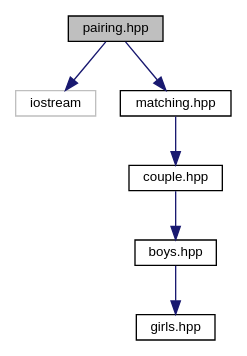
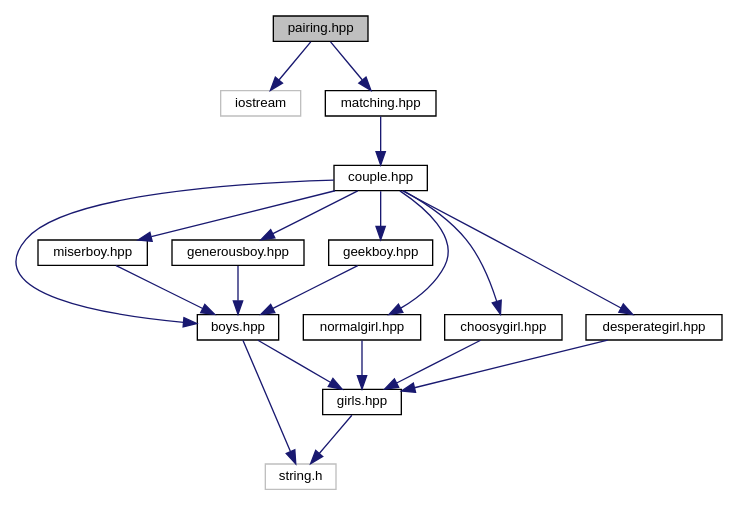
One commit to PPL-IIITA/ppl-assignment-YashBhatia97 changed the diagram in doc/rtf/pairing_8hpp__incl.dot. Above: the diagram before and after it, drawn with Graphviz. The commit also changed 693 other files, not shown here.

```diff
--- a/doc/rtf/pairing_8hpp__incl.dot
+++ b/doc/rtf/pairing_8hpp__incl.dot
@@ -1,16 +1,37 @@
 digraph "pairing.hpp"
 {
   edge [fontname="Helvetica",fontsize="10",labelfontname="Helvetica",labelfontsize="10"];
   node [fontname="Helvetica",fontsize="10",shape=record];
   Node1 [label="pairing.hpp",height=0.2,width=0.4,color="black", fillcolor="grey75", style="filled", fontcolor="black"];
   Node1 -> Node2 [color="midnightblue",fontsize="10",style="solid",fontname="Helvetica"];
   Node2 [label="iostream",height=0.2,width=0.4,color="grey75", fillcolor="white", style="filled"];
   Node1 -> Node3 [color="midnightblue",fontsize="10",style="solid",fontname="Helvetica"];
   Node3 [label="matching.hpp",height=0.2,width=0.4,color="black", fillcolor="white", style="filled",URL="$matching_8hpp.html"];
   Node3 -> Node4 [color="midnightblue",fontsize="10",style="solid",fontname="Helvetica"];
   Node4 [label="couple.hpp",height=0.2,width=0.4,color="black", fillcolor="white", style="filled",URL="$couple_8hpp.html"];
   Node4 -> Node5 [color="midnightblue",fontsize="10",style="solid",fontname="Helvetica"];
   Node5 [label="boys.hpp",height=0.2,width=0.4,color="black", fillcolor="white", style="filled",URL="$boys_8hpp.html"];
   Node5 -> Node6 [color="midnightblue",fontsize="10",style="solid",fontname="Helvetica"];
   Node6 [label="girls.hpp",height=0.2,width=0.4,color="black", fillcolor="white", style="filled",URL="$girls_8hpp.html"];
+  Node6 -> Node7 [color="midnightblue",fontsize="10",style="solid",fontname="Helvetica"];
+  Node7 [label="string.h",height=0.2,width=0.4,color="grey75", fillcolor="white", style="filled"];
+  Node5 -> Node7 [color="midnightblue",fontsize="10",style="solid",fontname="Helvetica"];
+  Node4 -> Node8 [color="midnightblue",fontsize="10",style="solid",fontname="Helvetica"];
+  Node8 [label="miserboy.hpp",height=0.2,width=0.4,color="black", fillcolor="white", style="filled",URL="$miserboy_8hpp.html"];
+  Node8 -> Node5 [color="midnightblue",fontsize="10",style="solid",fontname="Helvetica"];
+  Node4 -> Node9 [color="midnightblue",fontsize="10",style="solid",fontname="Helvetica"];
+  Node9 [label="generousboy.hpp",height=0.2,width=0.4,color="black", fillcolor="white", style="filled",URL="$generousboy_8hpp.html"];
+  Node9 -> Node5 [color="midnightblue",fontsize="10",style="solid",fontname="Helvetica"];
+  Node4 -> Node10 [color="midnightblue",fontsize="10",style="solid",fontname="Helvetica"];
+  Node10 [label="geekboy.hpp",height=0.2,width=0.4,color="black", fillcolor="white", style="filled",URL="$geekboy_8hpp.html"];
+  Node10 -> Node5 [color="midnightblue",fontsize="10",style="solid",fontname="Helvetica"];
+  Node4 -> Node11 [color="midnightblue",fontsize="10",style="solid",fontname="Helvetica"];
+  Node11 [label="normalgirl.hpp",height=0.2,width=0.4,color="black", fillcolor="white", style="filled",URL="$normalgirl_8hpp.html"];
+  Node11 -> Node6 [color="midnightblue",fontsize="10",style="solid",fontname="Helvetica"];
+  Node4 -> Node12 [color="midnightblue",fontsize="10",style="solid",fontname="Helvetica"];
+  Node12 [label="choosygirl.hpp",height=0.2,width=0.4,color="black", fillcolor="white", style="filled",URL="$choosygirl_8hpp.html"];
+  Node12 -> Node6 [color="midnightblue",fontsize="10",style="solid",fontname="Helvetica"];
+  Node4 -> Node13 [color="midnightblue",fontsize="10",style="solid",fontname="Helvetica"];
+  Node13 [label="desperategirl.hpp",height=0.2,width=0.4,color="black", fillcolor="white", style="filled",URL="$desperategirl_8hpp.html"];
+  Node13 -> Node6 [color="midnightblue",fontsize="10",style="solid",fontname="Helvetica"];
 }
```
